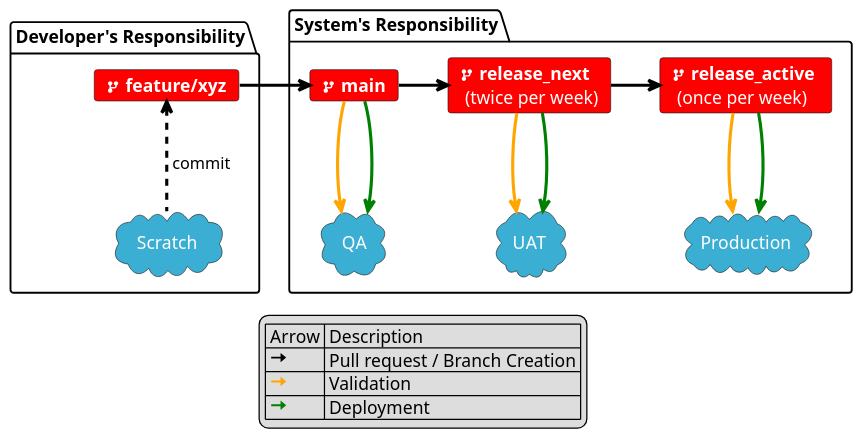
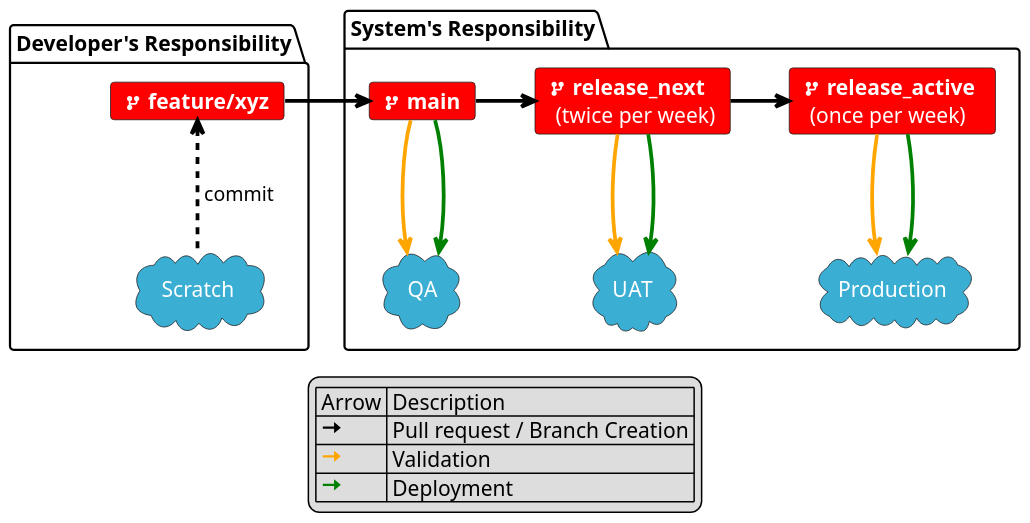
Before and after one commit to mitchspano/mitchspano.github.io: the third of 3 diagrams in _posts/2025-01-10-Trunk_Based_Development.markdown, drawn with PlantUML. The commit also changed other lines of this file and 2 other files, not shown here.

Commit message:
Update UML styling

```diff
--- a/_posts/2025-01-10-Trunk_Based_Development.markdown
+++ b/_posts/2025-01-10-Trunk_Based_Development.markdown
@@ -324,58 +293,59 @@
 {% plantuml %}
 @startuml
 
-scale 1.25
+scale 1.5
 skinparam sequenceArrowThickness 2.5
+
 
 skinparam cloud<<cloudStyle>> {
   BackgroundColor #3baed3
   FontColor #ffffff
 }
 
 skinparam card<<branch>> {
   BackgroundColor #FF0000
   FontColor #ffffff
 }
 
 
 hide stereotype
 
 folder "Developer's Responsibility" {
   cloud Scratch <<cloudStyle>>
   card Feature_branch as "<&fork> **feature/xyz**" <<branch>>
 }
 
 folder "System's Responsibility" {
   cloud QA <<cloudStyle>>
   cloud UAT <<cloudStyle>>
   cloud Production <<cloudStyle>>
 
   card main_branch as "<&fork> **main**" <<branch>>
   card release_next_branch as "<&fork> **release_next** \n (twice per week)" <<branch>>
   card release_active_branch as "<&fork> **release_active** \n (once per week)" <<branch>>
 }
 
 Scratch -[#black,dashed]u-> Feature_branch : " commit"
 Feature_branch -[#black]r-> main_branch : ""
 main_branch -[#black]r-> release_next_branch: ""
 release_next_branch -[#black]r-> release_active_branch : ""
 
 main_branch -[#orange]d-> QA
 main_branch -[#green]d-> QA
 
 release_next_branch -[#orange]d-> UAT
 release_next_branch -[#green]d-> UAT
 
 release_active_branch -[#orange]d-> Production
 release_active_branch -[#green]d-> Production
 
 
 legend
   | Arrow | Description |
   | <color:black><size:18><&arrow-right></size></color>   | Pull request / Branch Creation |
   | <color:orange><size:18><&arrow-right></size></color>  | Validation |
   | <color:green><size:18><&arrow-right></size></color>   | Deployment |
 endlegend
 
 @enduml
 {% endplantuml %}
```
